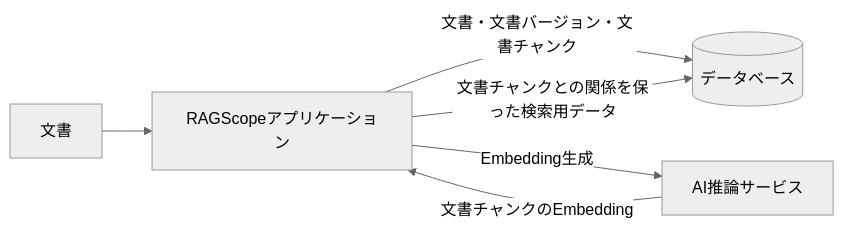
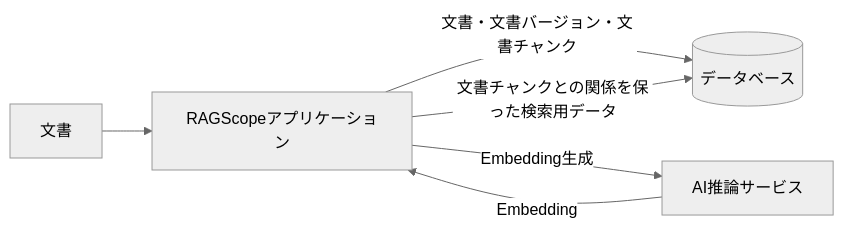
One commit to takashit16833/RAGScope changed the second of 4 diagrams in project-docs/design/システムアーキテクチャ.md. Above: the diagram before and after it, drawn with Mermaid (neutral theme). The commit also changed other lines of this file and 64 other files, not shown here.

````diff
--- a/project-docs/design/システムアーキテクチャ.md
+++ b/project-docs/design/システムアーキテクチャ.md
@@ -83,8 +86,13 @@
 ```mermaid
 flowchart LR
-    Input["文書"] --> Application["RAGScopeアプリケーション"]
-    Application -->|"文書・文書バージョン・文書チャンク"| DB[("データベース")]
-    Application -->|"Embedding生成"| AI["AI推論サービス"]
-    AI -->|"文書チャンクのEmbedding"| Application
+    Input["文書"]
+    Application["RAGScopeアプリケーション"]
+    AI["AI推論サービス"]
+    DB[("データベース")]
+
+    Input --> Application
+    Application -->|"文書・文書バージョン・文書チャンク"| DB
+    Application -->|"Embedding生成"| AI
+    AI -->|"Embedding"| Application
     Application -->|"文書チャンクとの関係を保った検索用データ"| DB
 ```
````
